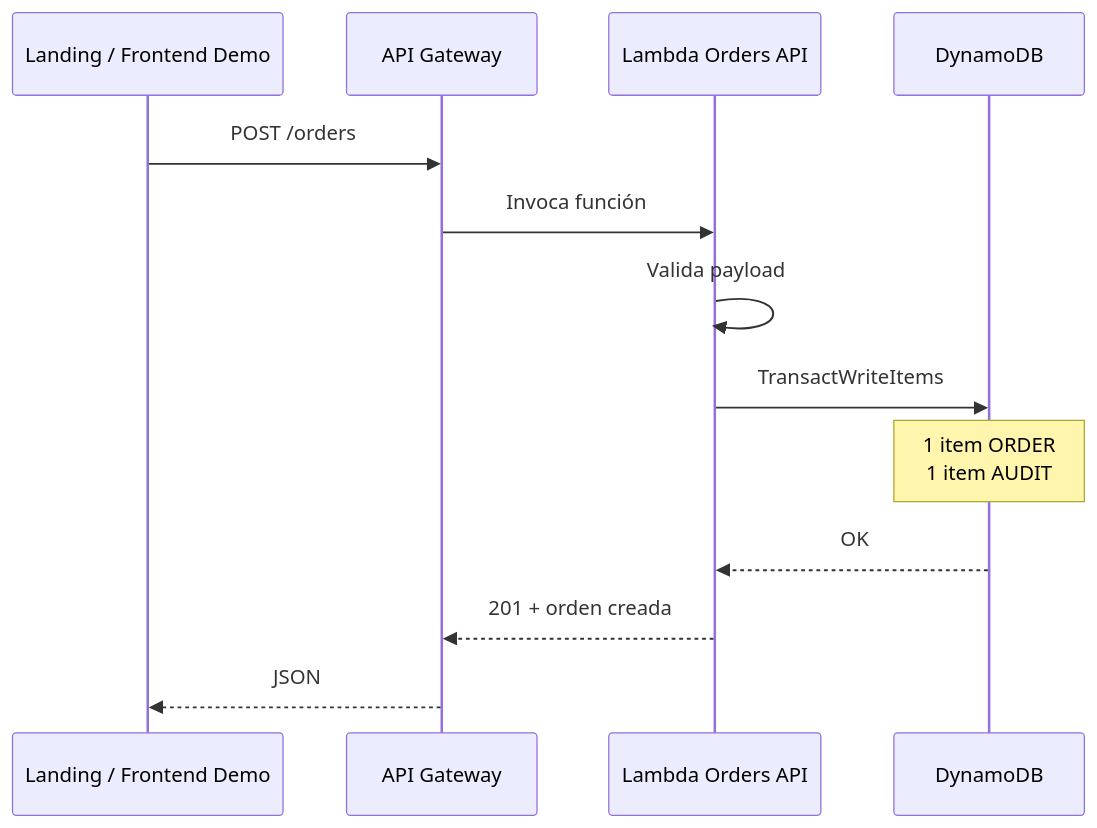
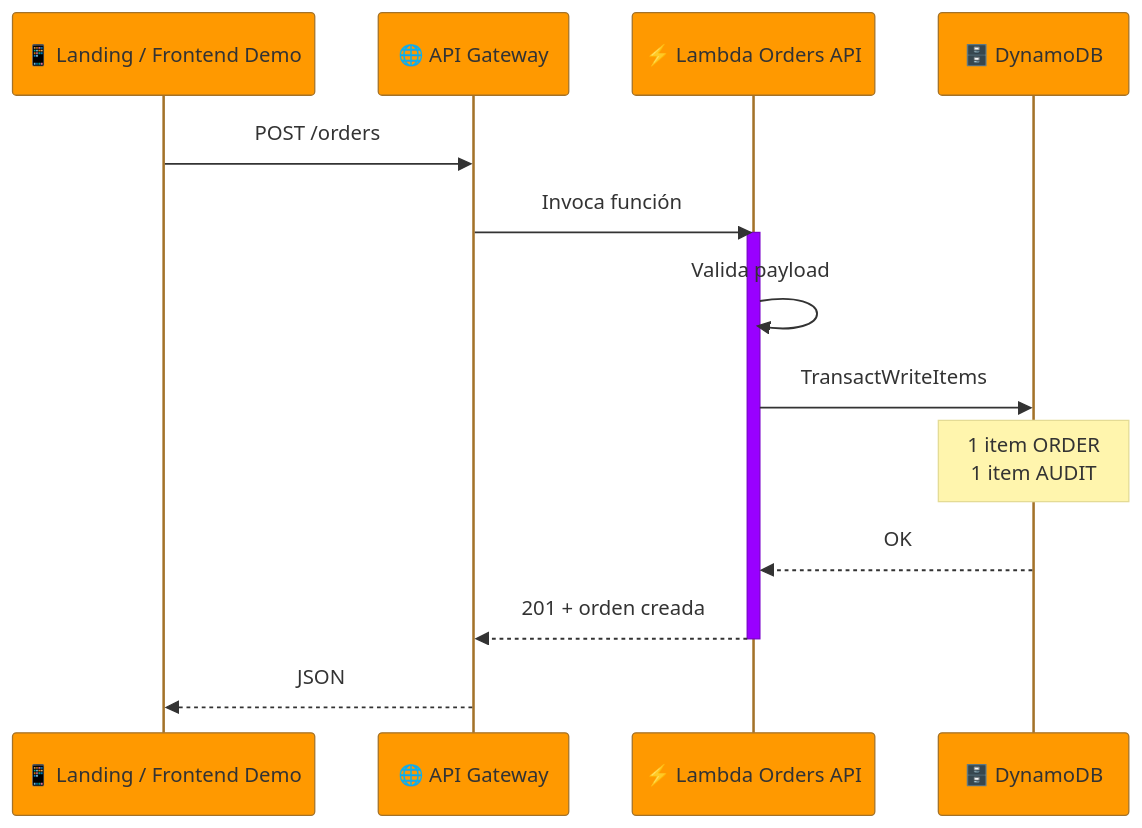
One commit to vladimiracunadev-create/proyectos-aws changed the first of 4 diagrams in caso-e-dynamodb-persistence/docs/architecture.md. Above: the diagram before and after it, drawn with Mermaid. The commit also changed other lines of this file and 1 other file, not shown here.

````diff
--- a/caso-e-dynamodb-persistence/docs/architecture.md
+++ b/caso-e-dynamodb-persistence/docs/architecture.md
@@ -25,16 +25,19 @@
 ```mermaid
+%%{init: {'theme': 'base', 'themeVariables': { 'primaryColor': '#FF9900', 'edgeColor': '#2496ED', 'tertiaryColor': '#f4f4f4' }}}%%
 sequenceDiagram
-    participant UI as Landing / Frontend Demo
-    participant API as API Gateway
-    participant L as Lambda Orders API
-    participant DDB as DynamoDB
+    participant UI as 📱 Landing / Frontend Demo
+    participant API as 🌐 API Gateway
+    participant L as ⚡ Lambda Orders API
+    participant DDB as 🗄️ DynamoDB
 
     UI->>API: POST /orders
     API->>L: Invoca función
+    activate L
     L->>L: Valida payload
     L->>DDB: TransactWriteItems
     Note over DDB: 1 item ORDER<br/>1 item AUDIT
     DDB-->>L: OK
     L-->>API: 201 + orden creada
+    deactivate L
     API-->>UI: JSON
 ```
````
